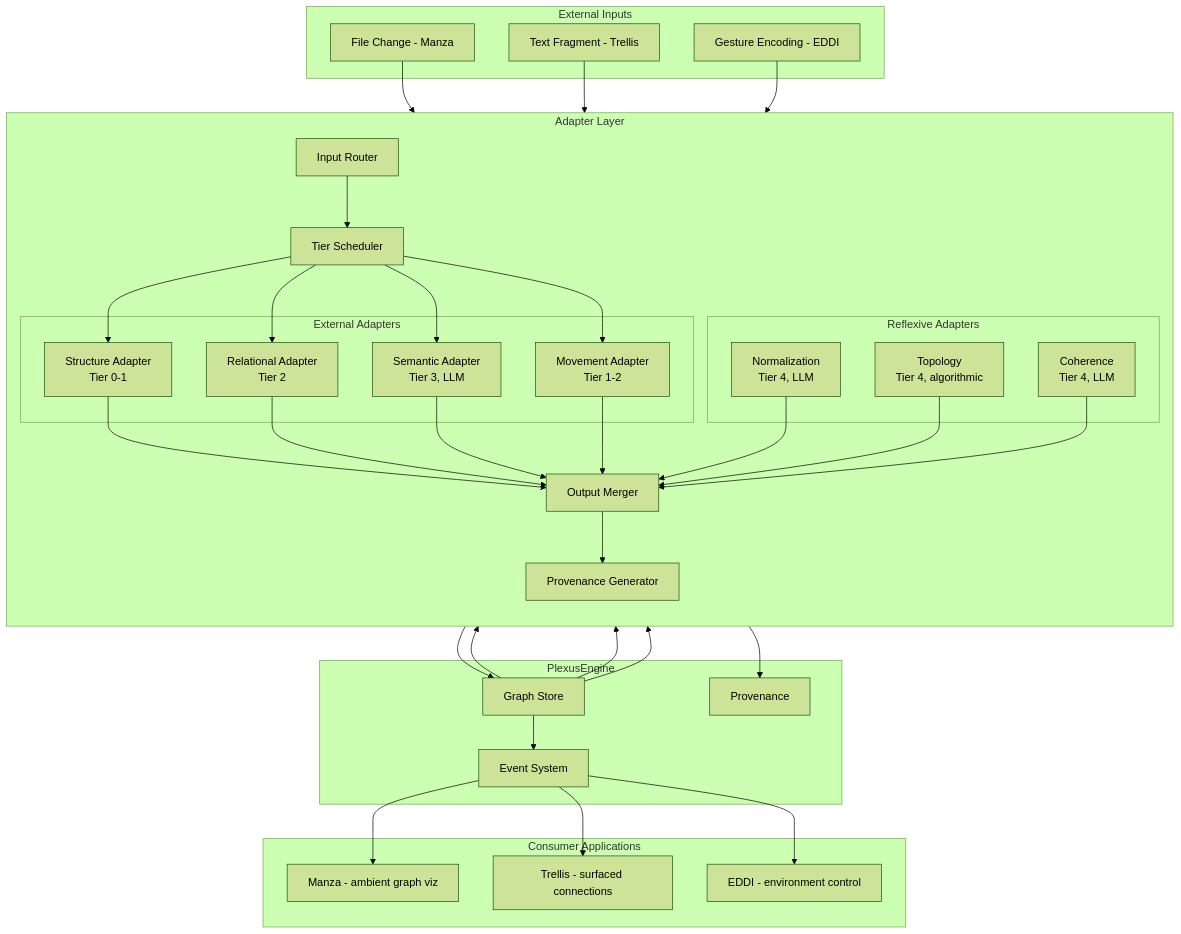
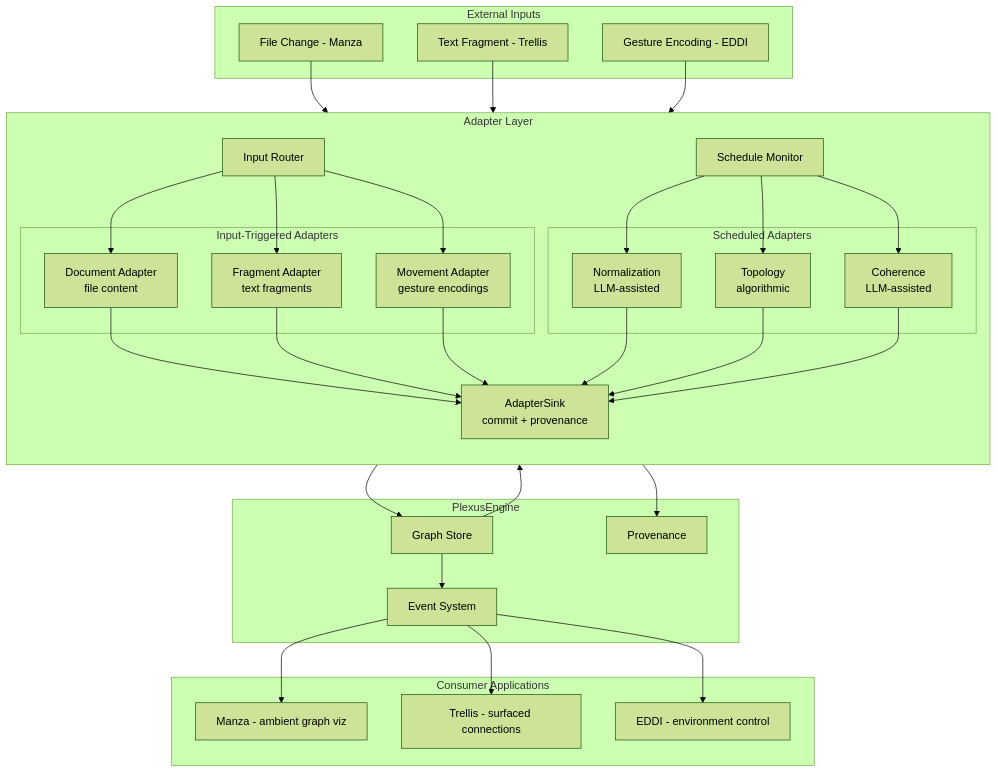
Before and after one commit to nrgforge/plexus: the first of 13 diagrams in docs/semantic-adapters-diagrams.md, drawn with Mermaid (forest theme). The commit also changed other lines of this file and 2 other files, not shown here.

First line of the commit message:
docs: revise adapter design — coarse-grained, sink-based, scheduled

````diff
--- a/docs/semantic-adapters-diagrams.md
+++ b/docs/semantic-adapters-diagrams.md
@@ -11,80 +11,75 @@
 ```mermaid
 flowchart TB
     subgraph inputs ["External Inputs"]
         FC["File Change - Manza"]
         TF["Text Fragment - Trellis"]
         GE["Gesture Encoding - EDDI"]
     end
 
     subgraph adapter_layer ["Adapter Layer"]
         direction TB
         Router["Input Router"]
-        Scheduler["Tier Scheduler"]
+        SchedMon["Schedule Monitor"]
 
-        subgraph external_adapters ["External Adapters"]
-            SA_struct["Structure Adapter
-            Tier 0-1"]
-            SA_rel["Relational Adapter
-            Tier 2"]
-            SA_sem["Semantic Adapter
-            Tier 3, LLM"]
+        subgraph input_adapters ["Input-Triggered Adapters"]
+            SA_doc["Document Adapter
+            file content"]
+            SA_frag["Fragment Adapter
+            text fragments"]
             SA_move["Movement Adapter
-            Tier 1-2"]
+            gesture encodings"]
         end
 
-        subgraph reflexive_adapters ["Reflexive Adapters"]
+        subgraph reflexive_adapters ["Scheduled Adapters"]
             RA_norm["Normalization
-            Tier 4, LLM"]
+            LLM-assisted"]
             RA_topo["Topology
-            Tier 4, algorithmic"]
+            algorithmic"]
             RA_cohere["Coherence
-            Tier 4, LLM"]
+            LLM-assisted"]
         end
 
-        Merger["Output Merger"]
-        ProvGen["Provenance Generator"]
+        Sink["AdapterSink
+        commit + provenance"]
     end
 
     subgraph engine ["PlexusEngine"]
         Graph["Graph Store"]
         Events["Event System"]
         Prov["Provenance"]
     end
 
     subgraph consumers ["Consumer Applications"]
         Manza["Manza - ambient graph viz"]
         Trellis["Trellis - surfaced connections"]
         EDDI["EDDI - environment control"]
     end
 
     FC --> Router
     TF --> Router
     GE --> Router
 
-    Router --> Scheduler
-    Scheduler --> SA_struct
-    Scheduler --> SA_rel
-    Scheduler --> SA_sem
-    Scheduler --> SA_move
+    Router --> SA_doc
+    Router --> SA_frag
+    Router --> SA_move
 
-    SA_struct --> Merger
-    SA_rel --> Merger
-    SA_sem --> Merger
-    SA_move --> Merger
+    SA_doc --> Sink
+    SA_frag --> Sink
+    SA_move --> Sink
 
-    Merger --> ProvGen
-    ProvGen --> Graph
-    ProvGen --> Prov
+    Sink --> Graph
+    Sink --> Prov
 
-    Graph --> RA_norm
-    Graph --> RA_topo
-    Graph --> RA_cohere
-    RA_norm --> Merger
-    RA_topo --> Merger
-    RA_cohere --> Merger
+    Graph --> SchedMon
+    SchedMon --> RA_norm
+    SchedMon --> RA_topo
+    SchedMon --> RA_cohere
+    RA_norm --> Sink
+    RA_topo --> Sink
+    RA_cohere --> Sink
 
     Graph --> Events
     Events --> Manza
     Events --> Trellis
     Events --> EDDI
 ```
````
